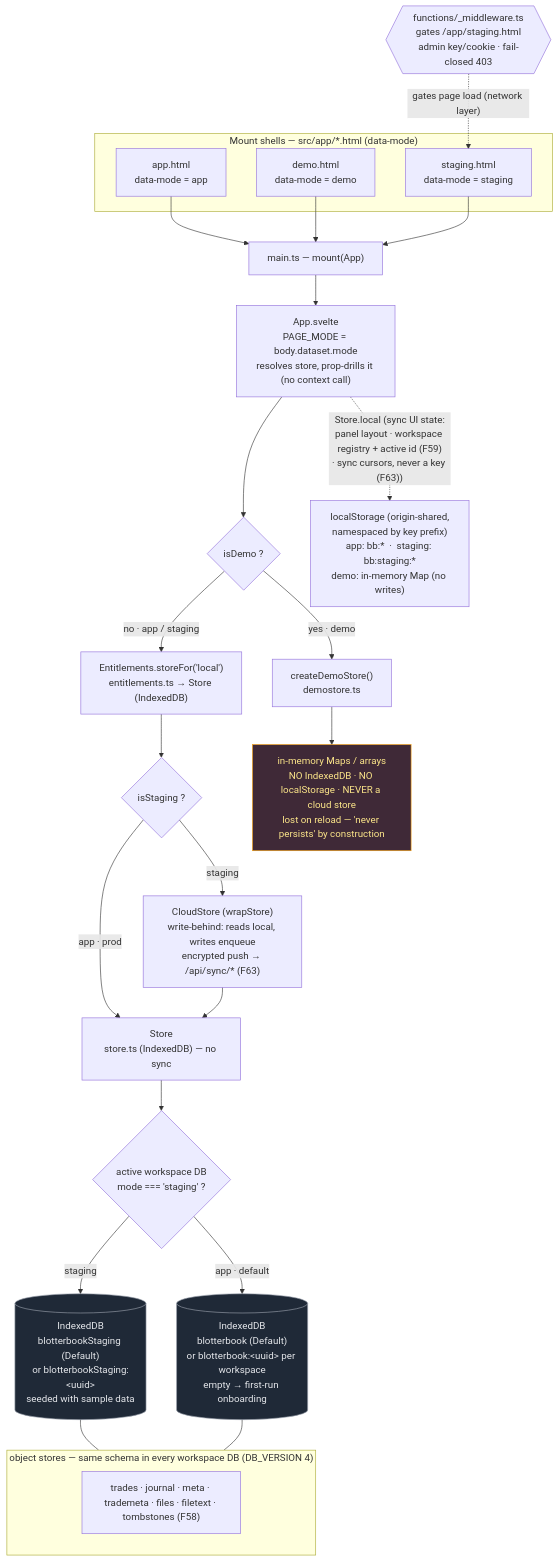
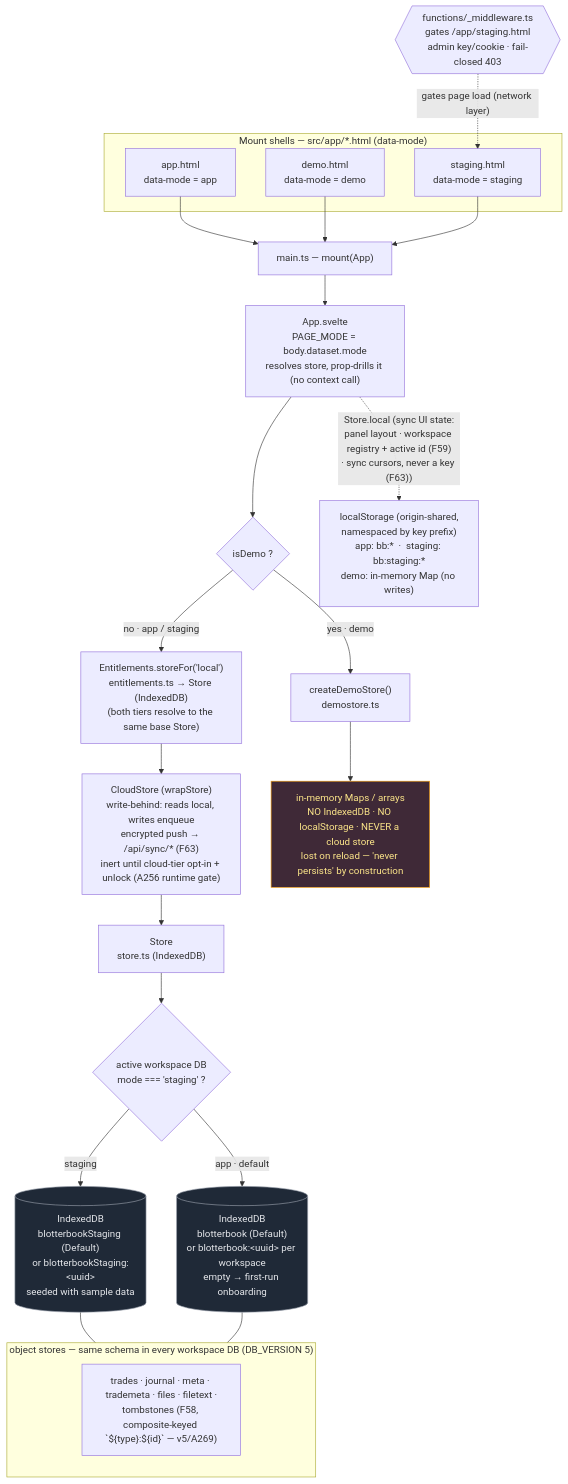
The diagram in docs/architecture-diagrams/storage-and-mode-separation.md (mitchGuthrieDev/blotterbook), drawn with Mermaid before and after one commit. The commit also changed other lines of this file and 33 other files, not shown here.

First line of the commit message:
feat: backlog audit + docs sync, auth-flow diagram, Analytics/Calendar module sizing (A271/A272), changelog-email pages.dev fix (A315) (#129)

````diff
--- a/docs/architecture-diagrams/storage-and-mode-separation.md
+++ b/docs/architecture-diagrams/storage-and-mode-separation.md
@@ -13,50 +13,49 @@
 ```mermaid
 flowchart TD
     %% ---- Surfaces (hand-authored mount shells) ----
     subgraph SHELLS["Mount shells — src/app/*.html (data-mode)"]
         APPH["app.html<br/>data-mode = app"]
         DEMOH["demo.html<br/>data-mode = demo"]
         STGH["staging.html<br/>data-mode = staging"]
     end
 
     EDGE{{"functions/_middleware.ts<br/>gates /app/staging.html<br/>admin key/cookie · fail-closed 403"}}
     EDGE -. "gates page load (network layer)" .-> STGH
 
     APPH --> MAIN["main.ts — mount(App)"]
     DEMOH --> MAIN
     STGH --> MAIN
 
     MAIN --> APP["App.svelte<br/>PAGE_MODE = body.dataset.mode<br/>resolves store, prop-drills it (no context call)"]
 
     APP --> SWAP{"isDemo ?"}
     SWAP -->|"yes · demo"| DEMOSTORE["createDemoStore()<br/>demostore.ts"]
-    SWAP -->|"no · app / staging"| ENT["Entitlements.storeFor('local')<br/>entitlements.ts → Store (IndexedDB)"]
+    SWAP -->|"no · app / staging"| ENT["Entitlements.storeFor('local')<br/>entitlements.ts → Store (IndexedDB)<br/>(both tiers resolve to the same base Store)"]
 
-    %% ---- Staging wraps the real Store in a CloudStore (opt-in E2E sync, F63) ----
-    ENT --> WRAP{"isStaging ?"}
-    WRAP -->|"staging"| CLOUD["CloudStore (wrapStore)<br/>write-behind: reads local, writes enqueue<br/>encrypted push → /api/sync/* (F63)"]
-    WRAP -->|"app · prod"| REALSTORE["Store<br/>store.ts (IndexedDB) — no sync"]
-    CLOUD --> REALSTORE
+    %% ---- Every non-demo surface wraps the real Store in a CloudStore (App.svelte:94-95) ----
+    %% the cloud-tier opt-in is a RUNTIME check inside the sync controller, not a mode branch (A256)
+    ENT --> CLOUD["CloudStore (wrapStore)<br/>write-behind: reads local, writes enqueue<br/>encrypted push → /api/sync/* (F63)<br/>inert until cloud-tier opt-in + unlock (A256 runtime gate)"]
+    CLOUD --> REALSTORE["Store<br/>store.ts (IndexedDB)"]
 
     %% ---- Real IndexedDB backend: separated by DB name, then per-workspace DB (F59) ----
     REALSTORE --> DBNAME{"active workspace DB<br/>mode === 'staging' ?"}
     DBNAME -->|"staging"| STGDB[("IndexedDB<br/>blotterbookStaging (Default)<br/>or blotterbookStaging:&lt;uuid&gt;<br/>seeded with sample data")]
     DBNAME -->|"app · default"| PRODDB[("IndexedDB<br/>blotterbook (Default)<br/>or blotterbook:&lt;uuid&gt; per workspace<br/>empty → first-run onboarding")]
 
-    subgraph STORES["object stores — same schema in every workspace DB (DB_VERSION 4)"]
-        OS["trades · journal · meta · trademeta · files · filetext · tombstones (F58)"]
+    subgraph STORES["object stores — same schema in every workspace DB (DB_VERSION 5)"]
+        OS["trades · journal · meta · trademeta · files · filetext ·<br/>tombstones (F58, composite-keyed `${type}:${id}` — v5/A269)"]
     end
     STGDB --- STORES
     PRODDB --- STORES
 
     %% ---- Demo backend: never touches disk, never syncs ----
     DEMOSTORE --> MEM["in-memory Maps / arrays<br/>NO IndexedDB · NO localStorage · NEVER a cloud store<br/>lost on reload — 'never persists' by construction"]
 
     %% ---- localStorage seam (small sync UI state) ----
     APP -. "Store.local (sync UI state:<br/>panel layout · workspace registry + active id (F59)<br/>· sync cursors, never a key (F63))" .-> LS["localStorage (origin-shared,<br/>namespaced by key prefix)<br/>app: bb:*  ·  staging: bb:staging:*<br/>demo: in-memory Map (no writes)"]
 
     classDef db fill:#1f2937,stroke:#9ca3af,color:#e5e7eb;
     classDef mem fill:#3f2937,stroke:#f59e0b,color:#fde68a;
     class STGDB,PRODDB db;
     class MEM mem;
 ```
````
